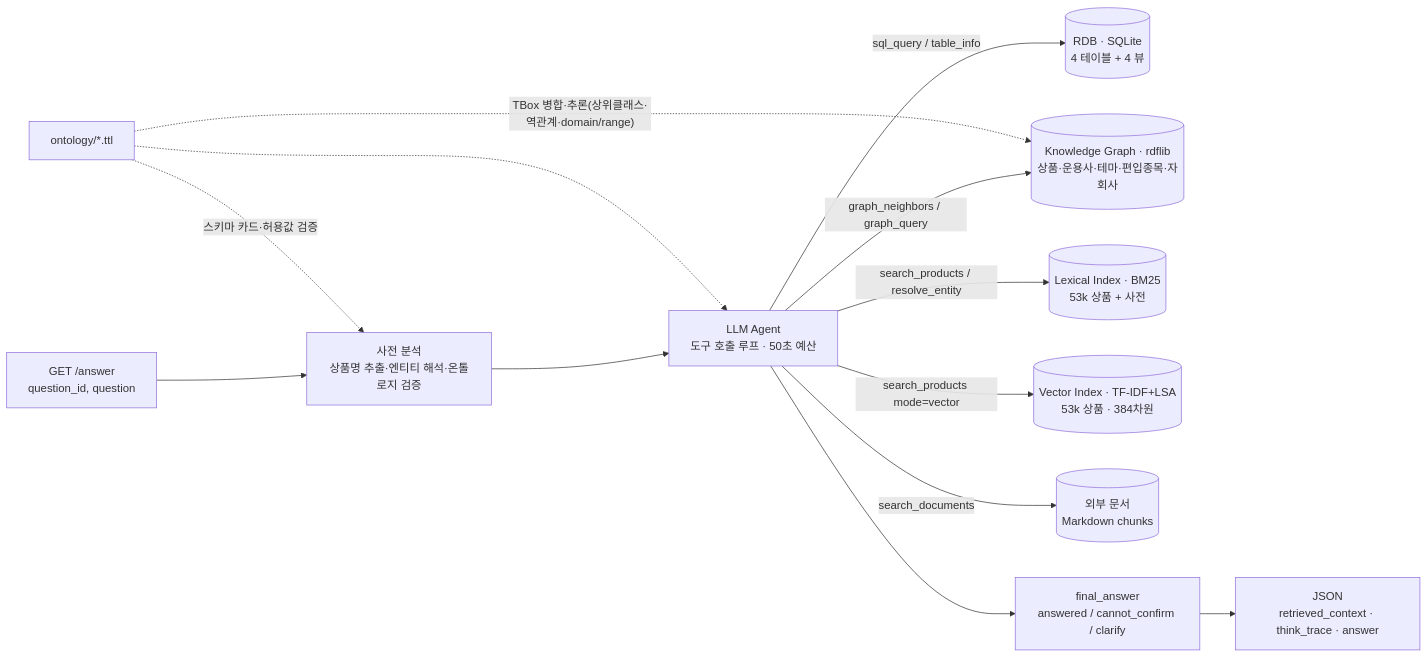
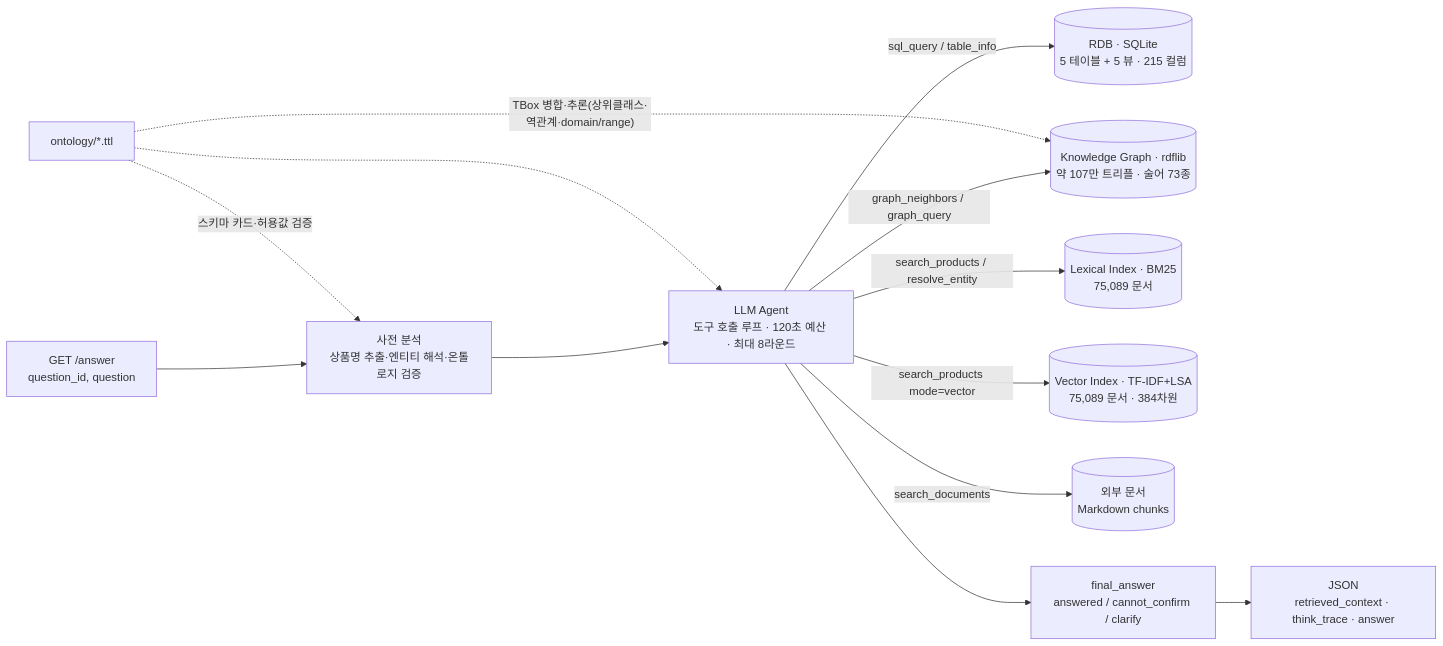
Before and after one commit to heon-1219/tradingDecisionAgent: the first of 2 diagrams in README.md, drawn with Mermaid. The commit also changed other lines of this file and 6 other files, not shown here.

````diff
--- a/README.md
+++ b/README.md
@@ -8,15 +8,15 @@
 ```mermaid
 flowchart LR
     Q[GET /answer<br/>question_id, question] --> P[사전 분석<br/>상품명 추출·엔티티 해석·온톨로지 검증]
-    P --> A[LLM Agent<br/>도구 호출 루프 · 50초 예산]
-    A -->|sql_query / table_info| R[(RDB · SQLite<br/>4 테이블 + 4 뷰)]
-    A -->|graph_neighbors / graph_query| G[(Knowledge Graph · rdflib<br/>상품·운용사·테마·편입종목·자회사)]
-    A -->|search_products / resolve_entity| V[(Lexical Index · BM25<br/>53k 상품 + 사전)]
-    A -->|search_products mode=vector| E[(Vector Index · TF-IDF+LSA<br/>53k 상품 · 384차원)]
+    P --> A[LLM Agent<br/>도구 호출 루프 · 120초 예산 · 최대 8라운드]
+    A -->|sql_query / table_info| R[(RDB · SQLite<br/>5 테이블 + 5 뷰 · 215 컬럼)]
+    A -->|graph_neighbors / graph_query| G[(Knowledge Graph · rdflib<br/>약 107만 트리플 · 술어 73종)]
+    A -->|search_products / resolve_entity| V[(Lexical Index · BM25<br/>75,089 문서)]
+    A -->|search_products mode=vector| E[(Vector Index · TF-IDF+LSA<br/>75,089 문서 · 384차원)]
     A -->|search_documents| D[(외부 문서<br/>Markdown chunks)]
     O[ontology/*.ttl] -.스키마 카드·허용값 검증.-> P
     O -.TBox 병합·추론(상위클래스·역관계·domain/range).-> G
     O -.-> A
     A --> F[final_answer<br/>answered / cannot_confirm / clarify]
     F --> J[JSON<br/>retrieved_context · think_trace · answer]
 ```
````
